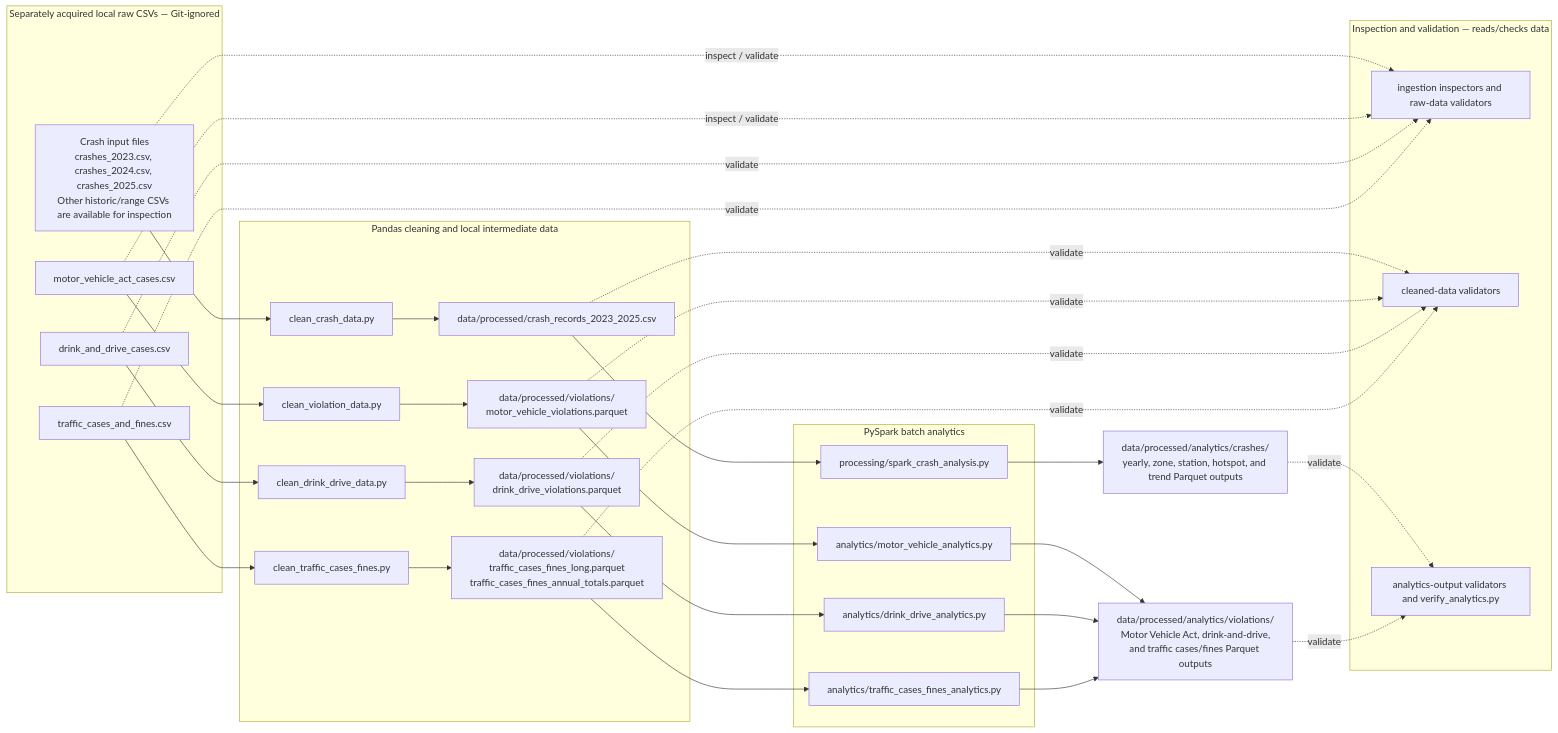
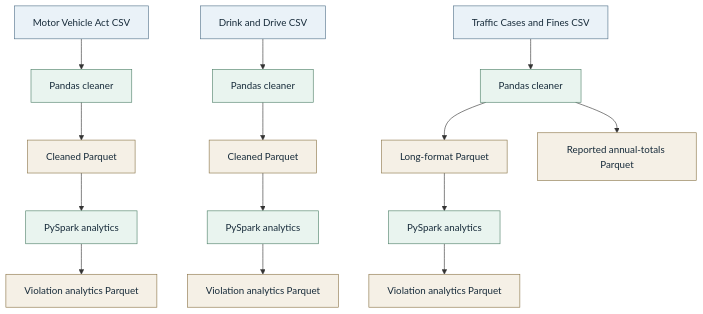
One commit to Piya0217/URBAN-PULSE changed the third of 6 diagrams in docs/architecture.md. Above: the diagram before and after it, drawn with Mermaid. The commit also changed other lines of this file, not shown here.

Commit message:
Improve architecture documentation diagrams

````diff
--- a/docs/architecture.md
+++ b/docs/architecture.md
@@ -9,61 +50,25 @@
 ```mermaid
-flowchart LR
-    subgraph RAW["Separately acquired local raw CSVs — Git-ignored"]
-        CRASH_RAW["Crash input files<br/>crashes_2023.csv, crashes_2024.csv, crashes_2025.csv<br/>Other historic/range CSVs are available for inspection"]
-        MVA_RAW["motor_vehicle_act_cases.csv"]
-        DD_RAW["drink_and_drive_cases.csv"]
-        FINE_RAW["traffic_cases_and_fines.csv"]
-    end
+flowchart TB
+    MVA_RAW["Motor Vehicle Act CSV"] --> MVA_CLEAN["Pandas cleaner"]
+    MVA_CLEAN --> MVA_PARQUET["Cleaned Parquet"]
+    MVA_PARQUET --> MVA_ANALYTICS["PySpark analytics"]
+    MVA_ANALYTICS --> MVA_OUT["Violation analytics Parquet"]
 
-    subgraph CLEAN["Pandas cleaning and local intermediate data"]
-        CRASH_CLEAN["clean_crash_data.py"]
-        MVA_CLEAN["clean_violation_data.py"]
-        DD_CLEAN["clean_drink_drive_data.py"]
-        FINE_CLEAN["clean_traffic_cases_fines.py"]
-        CRASH_CSV["data/processed/crash_records_2023_2025.csv"]
-        MVA_PARQUET["data/processed/violations/<br/>motor_vehicle_violations.parquet"]
-        DD_PARQUET["data/processed/violations/<br/>drink_drive_violations.parquet"]
-        FINE_PARQUETS["data/processed/violations/<br/>traffic_cases_fines_long.parquet<br/>traffic_cases_fines_annual_totals.parquet"]
-    end
+    DD_RAW["Drink and Drive CSV"] --> DD_CLEAN["Pandas cleaner"]
+    DD_CLEAN --> DD_PARQUET["Cleaned Parquet"]
+    DD_PARQUET --> DD_ANALYTICS["PySpark analytics"]
+    DD_ANALYTICS --> DD_OUT["Violation analytics Parquet"]
 
-    CRASH_RAW --> CRASH_CLEAN --> CRASH_CSV
-    MVA_RAW --> MVA_CLEAN --> MVA_PARQUET
-    DD_RAW --> DD_CLEAN --> DD_PARQUET
-    FINE_RAW --> FINE_CLEAN --> FINE_PARQUETS
+    FINE_RAW["Traffic Cases and Fines CSV"] --> FINE_CLEAN["Pandas cleaner"]
+    FINE_CLEAN --> FINE_LONG["Long-format Parquet"]
+    FINE_LONG --> FINE_ANALYTICS["PySpark analytics"]
+    FINE_ANALYTICS --> FINE_OUT["Violation analytics Parquet"]
+    FINE_CLEAN --> FINE_TOTALS["Reported annual-totals Parquet"]
 
-    subgraph SPARK["PySpark batch analytics"]
-        CRASH_ANALYTICS["processing/spark_crash_analysis.py"]
-        MVA_ANALYTICS["analytics/motor_vehicle_analytics.py"]
-        DD_ANALYTICS["analytics/drink_drive_analytics.py"]
-        FINE_ANALYTICS["analytics/traffic_cases_fines_analytics.py"]
-    end
-
-    CRASH_CSV --> CRASH_ANALYTICS
-    MVA_PARQUET --> MVA_ANALYTICS
-    DD_PARQUET --> DD_ANALYTICS
-    FINE_PARQUETS --> FINE_ANALYTICS
-
-    CRASH_OUTPUTS["data/processed/analytics/crashes/<br/>yearly, zone, station, hotspot, and trend Parquet outputs"]
-    VIOLATION_OUTPUTS["data/processed/analytics/violations/<br/>Motor Vehicle Act, drink-and-drive,<br/>and traffic cases/fines Parquet outputs"]
-    CRASH_ANALYTICS --> CRASH_OUTPUTS
-    MVA_ANALYTICS --> VIOLATION_OUTPUTS
-    DD_ANALYTICS --> VIOLATION_OUTPUTS
-    FINE_ANALYTICS --> VIOLATION_OUTPUTS
-
-    subgraph QA["Inspection and validation — reads/checks data"]
-        RAW_CHECKS["ingestion inspectors and raw-data validators"]
-        CLEAN_CHECKS["cleaned-data validators"]
-        ANALYTICS_CHECKS["analytics-output validators and verify_analytics.py"]
-    end
-
-    CRASH_RAW -. inspect / validate .-> RAW_CHECKS
-    MVA_RAW -. inspect / validate .-> RAW_CHECKS
-    DD_RAW -. validate .-> RAW_CHECKS
-    FINE_RAW -. validate .-> RAW_CHECKS
-    CRASH_CSV -. validate .-> CLEAN_CHECKS
-    MVA_PARQUET -. validate .-> CLEAN_CHECKS
-    DD_PARQUET -. validate .-> CLEAN_CHECKS
-    FINE_PARQUETS -. validate .-> CLEAN_CHECKS
-    CRASH_OUTPUTS -. validate .-> ANALYTICS_CHECKS
-    VIOLATION_OUTPUTS -. validate .-> ANALYTICS_CHECKS
+    classDef source fill:#eaf2f8,stroke:#52718a,color:#172b3a;
+    classDef process fill:#e9f4ef,stroke:#4f8069,color:#172b3a;
+    classDef output fill:#f5f0e6,stroke:#8b7548,color:#172b3a;
+    class MVA_RAW,DD_RAW,FINE_RAW source;
+    class MVA_CLEAN,DD_CLEAN,FINE_CLEAN,MVA_ANALYTICS,DD_ANALYTICS,FINE_ANALYTICS process;
+    class MVA_PARQUET,DD_PARQUET,FINE_LONG,FINE_TOTALS,MVA_OUT,DD_OUT,FINE_OUT output;
 ```
````
